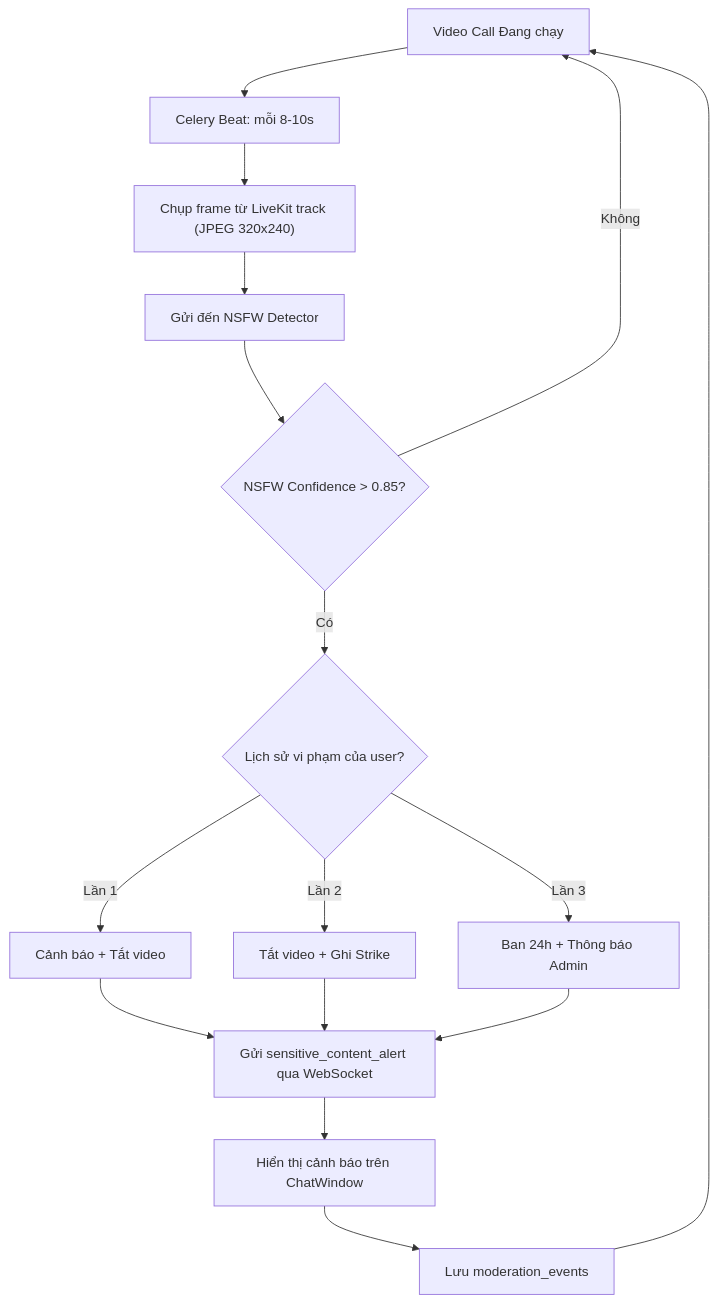
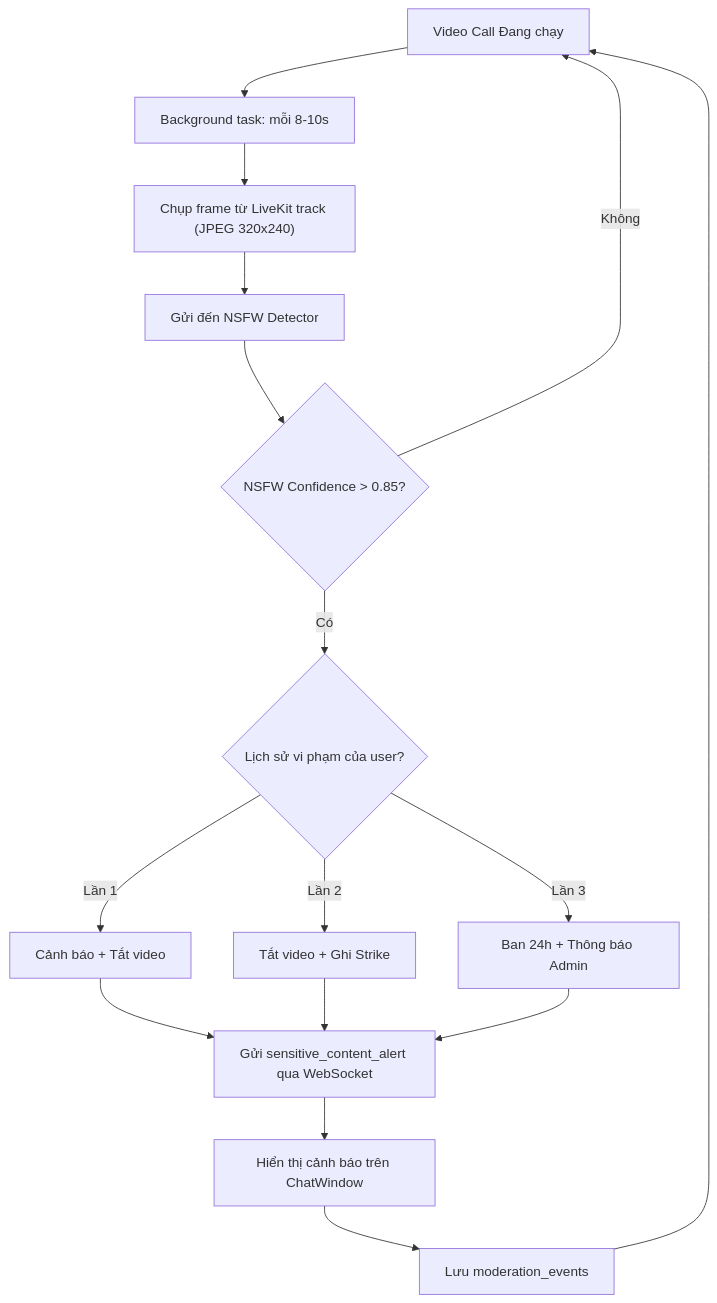
The sixth of 9 diagrams in docs/workflow.md (bexanhtuoi/E-Room), drawn with Mermaid before and after one commit. The commit also changed other lines of this file and 17 other files, not shown here.

First line of the commit message:
feat: remove celery, sync mic mute with audio capture, update docs to match actual architecture

````diff
--- a/docs/workflow.md
+++ b/docs/workflow.md
@@ -632,22 +609,22 @@
 ```mermaid
 graph TD
-    A["Video Call Đang chạy"] --> B["Celery Beat: mỗi 8-10s"]
+    A["Video Call Đang chạy"] --> B["Background task: mỗi 8-10s"]
     B --> C["Chụp frame từ LiveKit track (JPEG 320x240)"]
     C --> D["Gửi đến NSFW Detector"]
     D --> E{"NSFW Confidence > 0.85?"}
 
     E -->|"Không"| A
     E -->|"Có"| F{"Lịch sử vi phạm của user?"}
 
     F -->|"Lần 1"| G["Cảnh báo + Tắt video"]
     F -->|"Lần 2"| H["Tắt video + Ghi Strike"]
     F -->|"Lần 3"| I["Ban 24h + Thông báo Admin"]
 
     G --> J["Gửi sensitive_content_alert qua WebSocket"]
     H --> J
     I --> J
 
     J --> K["Hiển thị cảnh báo trên ChatWindow"]
     K --> L["Lưu moderation_events"]
     L --> A
 ```
````
